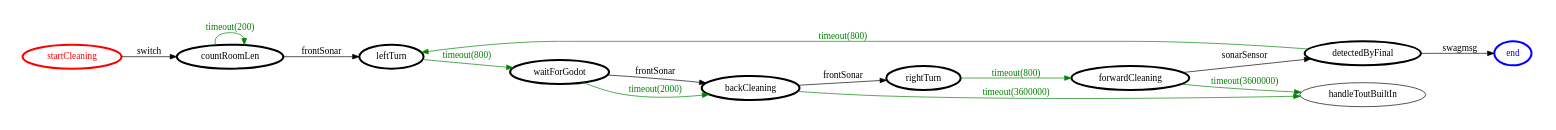
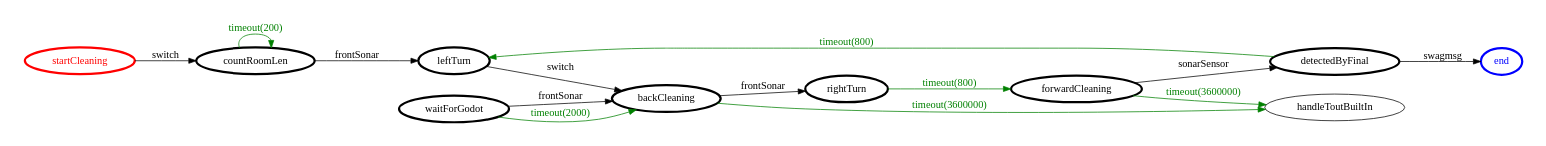
One commit to FFrabetti/ProgettoISS_relazione changed the diagram in it.unibo.finalTask2018/srcMore/it/unibo/swag3/swag3.gv. Above: the diagram before and after it, drawn with Graphviz. The commit also changed 27 other files, not shown here.

```diff
--- a/it.unibo.finalTask2018/srcMore/it/unibo/swag3/swag3.gv
+++ b/it.unibo.finalTask2018/srcMore/it/unibo/swag3/swag3.gv
@@ -1,35 +1,35 @@
 /*
 *
 * A GraphViz DOT FSM description 
 * Please use a GraphViz visualizer (like http://www.webgraphviz.com)
 *  
 */
 
 digraph finite_state_machine {
 	rankdir=LR
 	size="8,5"
 	
 	startCleaning [ color = red ][ fontcolor = red ][ penwidth = 3 ]
 	forwardCleaning [ color = black ][ fontcolor = black ][ penwidth = 3 ]
 	rightTurn [ color = black ][ fontcolor = black ][ penwidth = 3 ]
 	waitForGodot [ color = black ][ fontcolor = black ][ penwidth = 3 ]
 	detectedByFinal [ color = black ][ fontcolor = black ][ penwidth = 3 ]
 	leftTurn [ color = black ][ fontcolor = black ][ penwidth = 3 ]
 	backCleaning [ color = black ][ fontcolor = black ][ penwidth = 3 ]
 	countRoomLen [ color = black ][ fontcolor = black ][ penwidth = 3 ]
 	end [ color = blue ][ fontcolor = blue ][ penwidth = 3 ]
 	
 	waitForGodot -> backCleaning [ label = "frontSonar" ][ color = black ][ fontcolor = black ]
 	detectedByFinal -> end [ label = "swagmsg" ][ color = black ][ fontcolor = black ]
+	leftTurn -> backCleaning [ label = "switch" ][ color = black ][ fontcolor = black ]
 	backCleaning -> rightTurn [ label = "frontSonar" ][ color = black ][ fontcolor = black ]
 	countRoomLen -> leftTurn [ label = "frontSonar" ][ color = black ][ fontcolor = black ]
-	leftTurn -> waitForGodot [ label = "timeout(800)" ][ color = green ][ fontcolor = green ]
 	startCleaning -> countRoomLen [ label = "switch" ][ color = black ][ fontcolor = black ]
 	countRoomLen -> countRoomLen [ label = "timeout(200)" ][ color = green ][ fontcolor = green ]
 	rightTurn -> forwardCleaning [ label = "timeout(800)" ][ color = green ][ fontcolor = green ]
 	forwardCleaning -> detectedByFinal [ label = "sonarSensor" ][ color = black ][ fontcolor = black ]
 	detectedByFinal -> leftTurn [ label = "timeout(800)" ][ color = green ][ fontcolor = green ]
 	waitForGodot -> backCleaning [ label = "timeout(2000)" ][ color = green ][ fontcolor = green ]
 	forwardCleaning -> handleToutBuiltIn [ label = "timeout(3600000)" ][ color = green ][ fontcolor = green ]
 	backCleaning -> handleToutBuiltIn [ label = "timeout(3600000)" ][ color = green ][ fontcolor = green ]
 }
```
